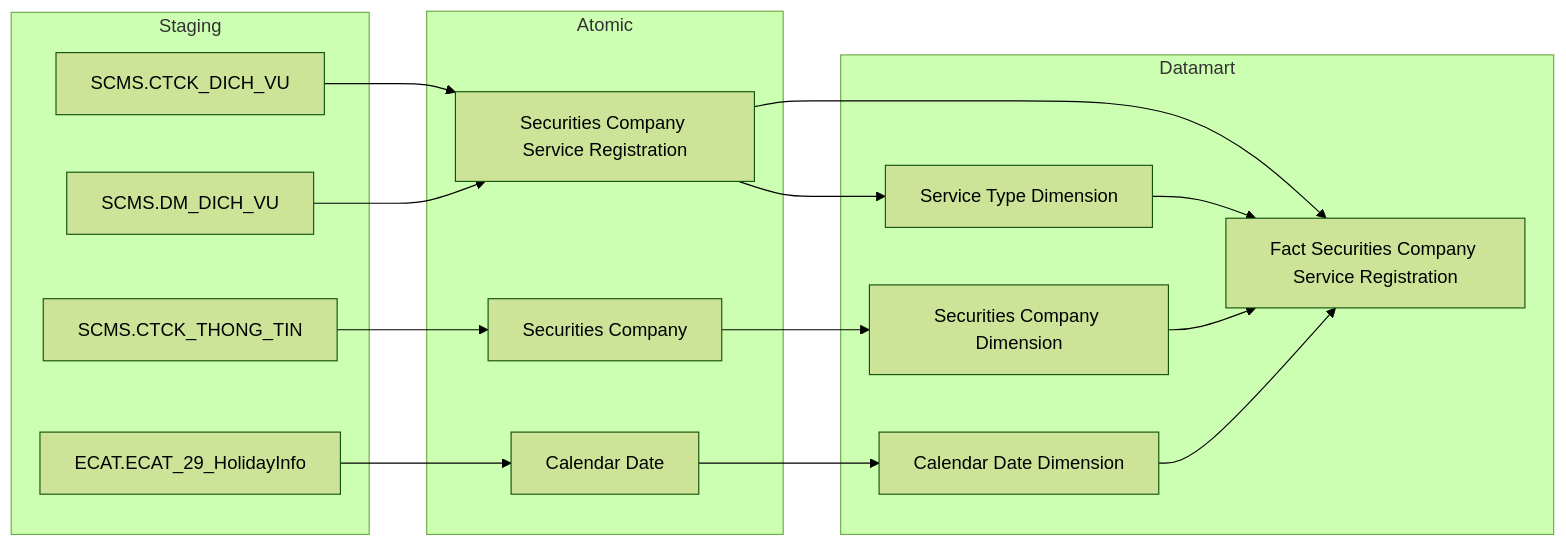
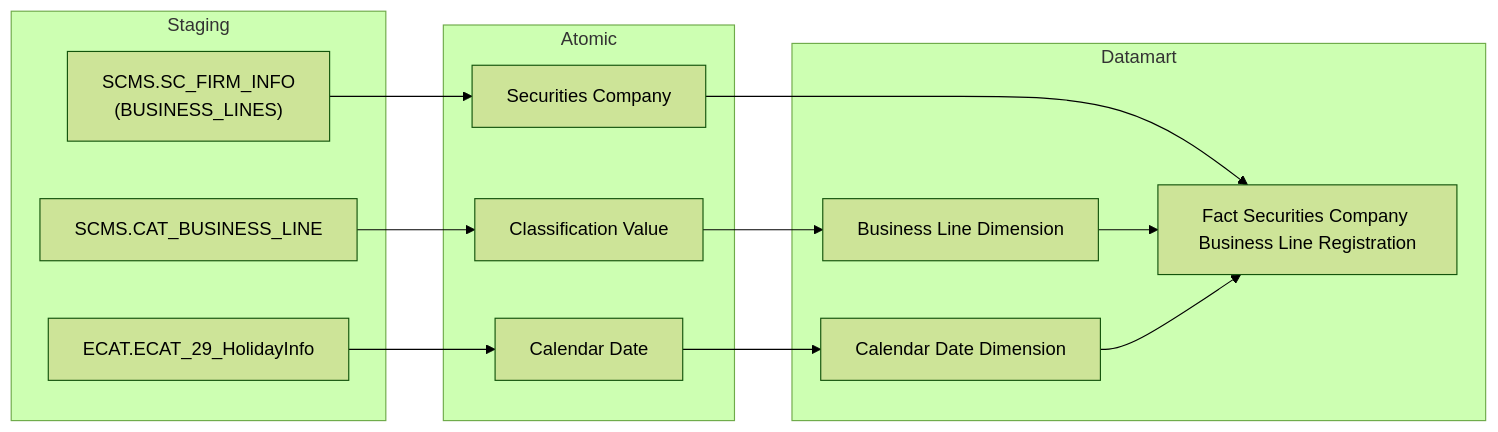
The third of 30 diagrams in Datamart/hld/DTM_QLKD_HLD.md (linhlvit/ubck_atomic_design), drawn with Mermaid (forest theme) before and after one commit. The commit also changed other lines of this file and 35 other files, not shown here.

````diff
--- a/Datamart/hld/DTM_QLKD_HLD.md
+++ b/Datamart/hld/DTM_QLKD_HLD.md
@@ -57,36 +105,31 @@
 ```mermaid
 flowchart LR
     subgraph SRC["Staging"]
-        S1["SCMS.CTCK_DICH_VU"]
-        S2["SCMS.DM_DICH_VU"]
-        S3["SCMS.CTCK_THONG_TIN"]
+        S1["SCMS.SC_FIRM_INFO\n(BUSINESS_LINES)"]
+        S2["SCMS.CAT_BUSINESS_LINE"]
         ECAT_ECAT_29_HolidayInfo["ECAT.ECAT_29_HolidayInfo"]
     end
 
     subgraph SIL["Atomic"]
-        SV1["Securities Company Service Registration"]
-        SV2["Securities Company"]
+        SV1["Securities Company"]
+        SV2["Classification Value"]
         Calendar_Date["Calendar Date"]
     end
 
     subgraph Datamart["Datamart"]
-        G1["Fact Securities Company Service Registration"]
-        G2["Service Type Dimension"]
-        G3["Securities Company Dimension"]
-        G4["Calendar Date Dimension"]
+        G1["Fact Securities Company Business Line Registration"]
+        G2["Business Line Dimension"]
+        G3["Calendar Date Dimension"]
     end
 
     S1 --> SV1
-    S2 --> SV1
-    S3 --> SV2
+    S2 --> SV2
     ECAT_ECAT_29_HolidayInfo --> Calendar_Date
 
     SV1 --> G1
-    SV1 --> G2
-    SV2 --> G3
-    Calendar_Date --> G4
+    SV2 --> G2
+    Calendar_Date --> G3
 
     G2 --> G1
     G3 --> G1
-    G4 --> G1
 ```
````
